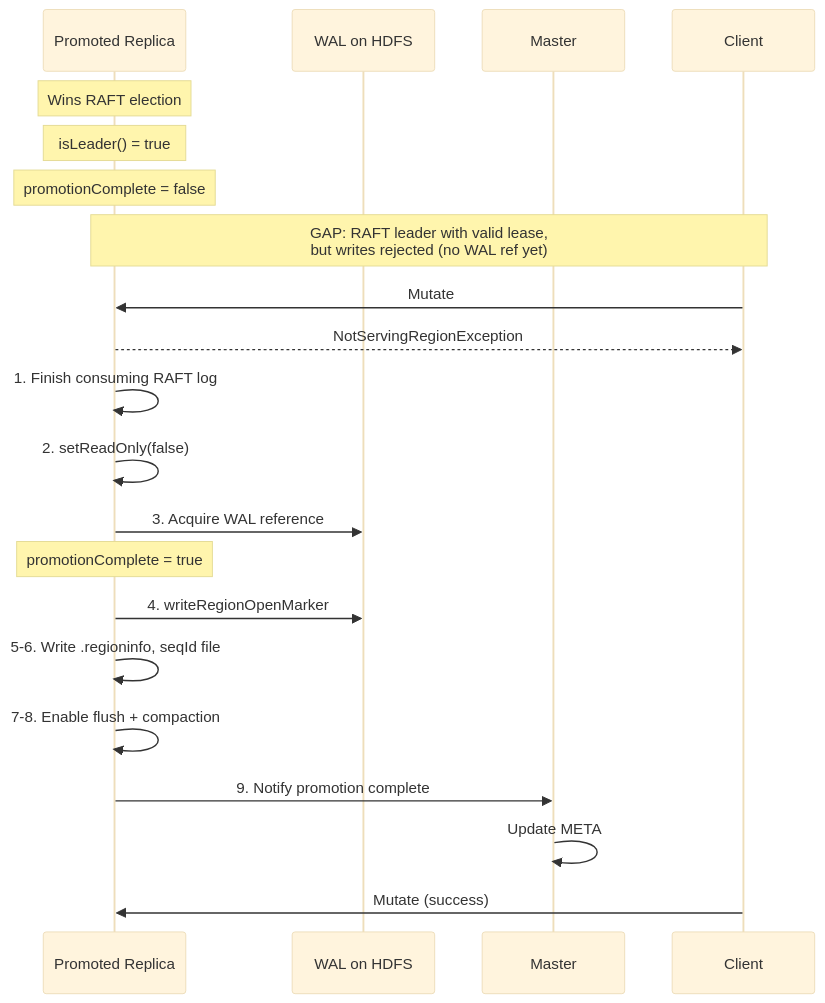
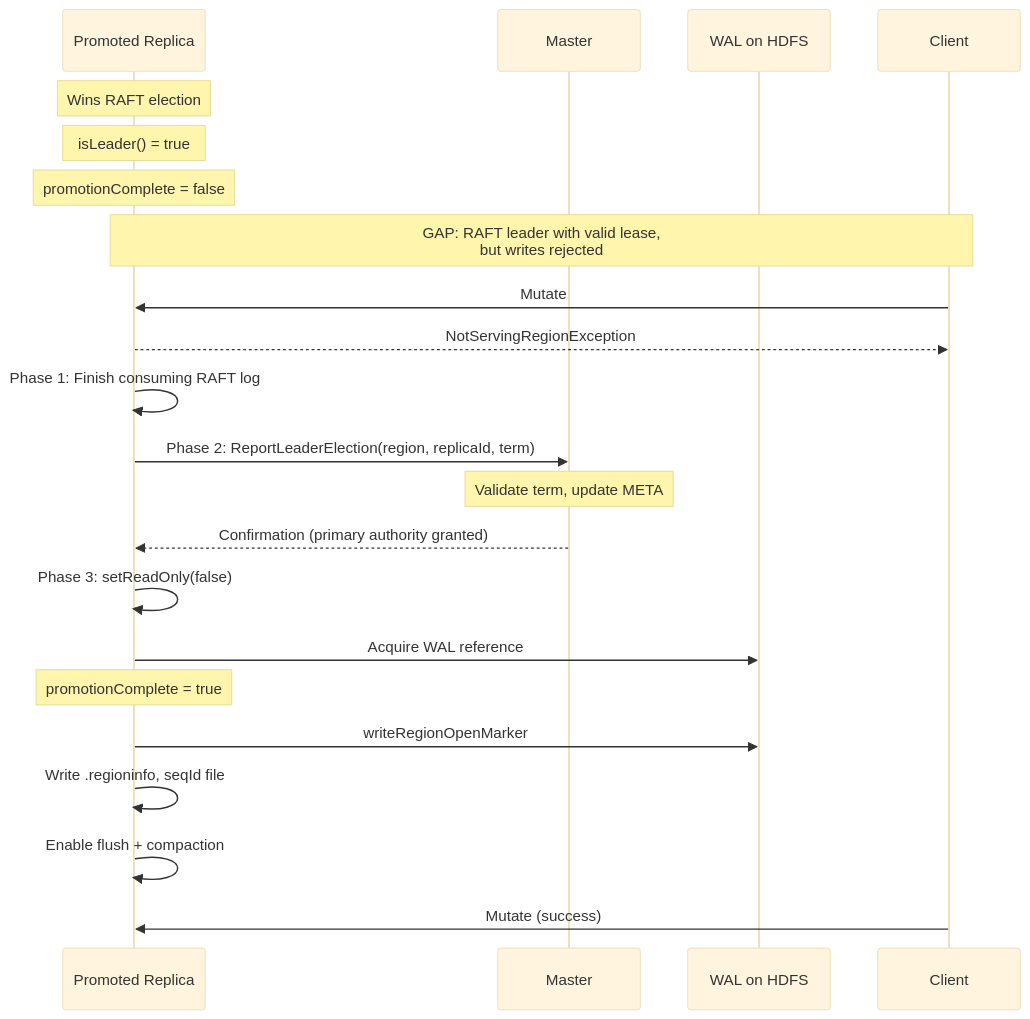
Before and after one commit to apurtell/hbase: diagram 14 of 17 in RAFT_REGION_REPLICAS.md, drawn with Mermaid (base theme). The commit also changed other lines of this file and 10 other files, not shown here.

Commit message:
TLA+ RaftRegionReplica: WIP (refactor)

````diff
--- a/RAFT_REGION_REPLICAS.md
+++ b/RAFT_REGION_REPLICAS.md
@@ -915,29 +928,33 @@
 ```mermaid
 sequenceDiagram
     participant R as Promoted Replica
+    participant M as Master
     participant WAL as WAL on HDFS
-    participant M as Master
     participant C as Client
 
     Note over R: Wins RAFT election
     Note over R: isLeader() = true
     Note over R: promotionComplete = false
 
-    Note over R,C: GAP: RAFT leader with valid lease,<br/>but writes rejected (no WAL ref yet)
+    Note over R,C: GAP: RAFT leader with valid lease,<br/>but writes rejected
+
     C->>R: Mutate
     R-->>C: NotServingRegionException
 
-    R->>R: 1. Finish consuming RAFT log
-    R->>R: 2. setReadOnly(false)
-    R->>WAL: 3. Acquire WAL reference
+    R->>R: Phase 1: Finish consuming RAFT log
+
+    R->>M: Phase 2: ReportLeaderElection(region, replicaId, term)
+    Note over M: Validate term, update META
+    M-->>R: Confirmation (primary authority granted)
+
+    R->>R: Phase 3: setReadOnly(false)
+    R->>WAL: Acquire WAL reference
 
     Note over R: promotionComplete = true
 
-    R->>WAL: 4. writeRegionOpenMarker
-    R->>R: 5-6. Write .regioninfo, seqId file
-    R->>R: 7-8. Enable flush + compaction
-    R->>M: 9. Notify promotion complete
-    M->>M: Update META
+    R->>WAL: writeRegionOpenMarker
+    R->>R: Write .regioninfo, seqId file
+    R->>R: Enable flush + compaction
 
     C->>R: Mutate (success)
 ```
````
